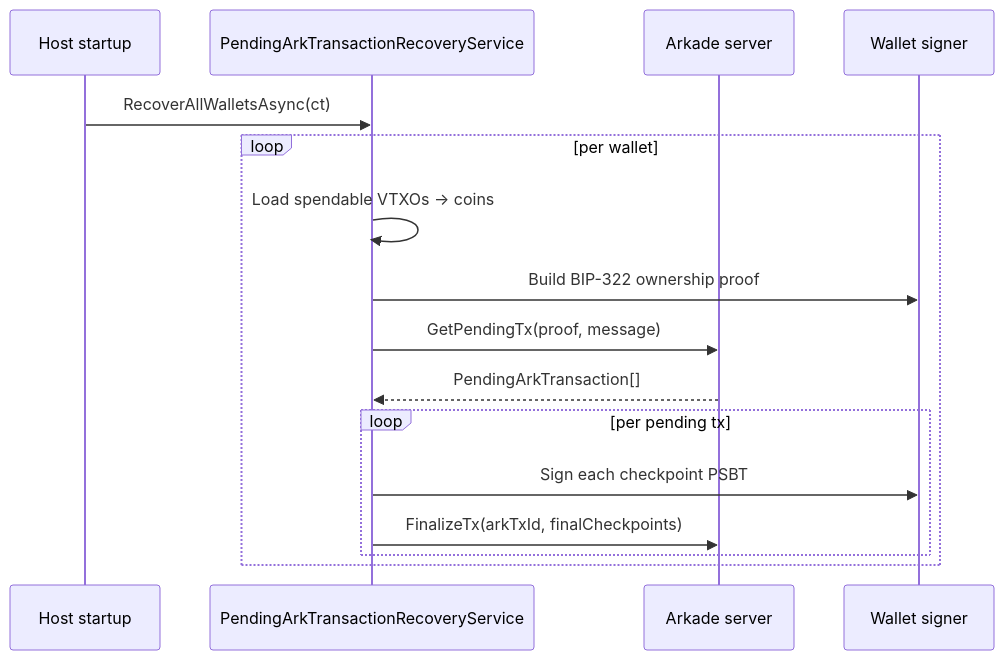
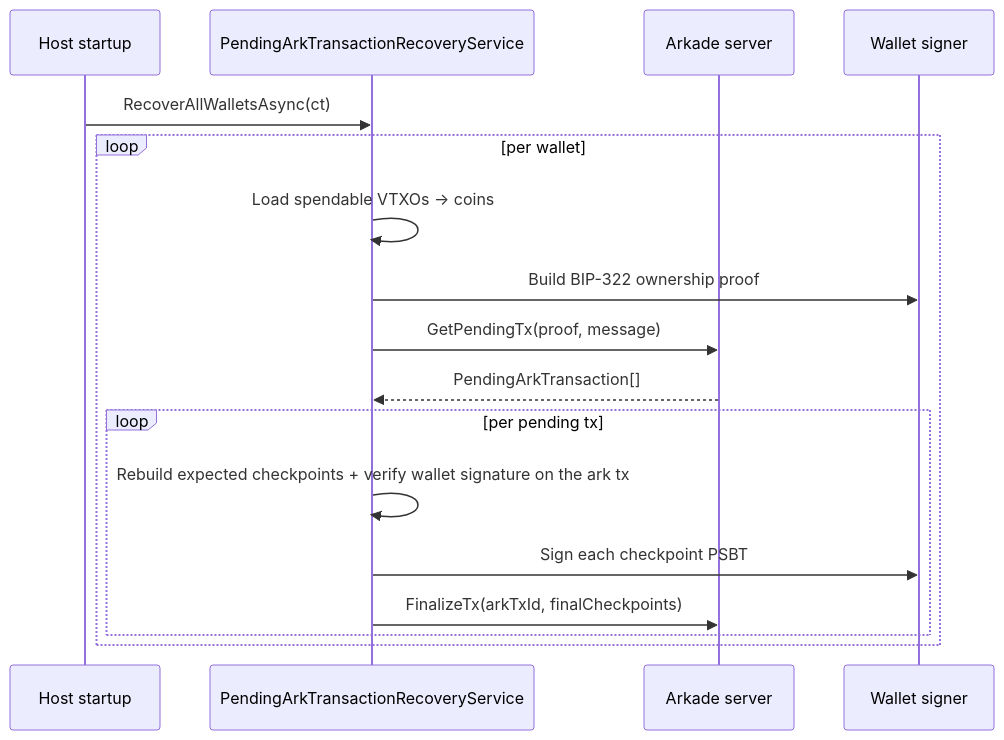
One commit to arkade-os/dotnet-sdk changed the diagram in docs/articles/pending-tx-recovery.md. Above: the diagram before and after it, drawn with Mermaid. The commit also changed other lines of this file and 6 other files, not shown here.

````diff
--- a/docs/articles/pending-tx-recovery.md
+++ b/docs/articles/pending-tx-recovery.md
@@ -14,19 +14,20 @@
 ```mermaid
 sequenceDiagram
     participant Host as Host startup
     participant Recovery as PendingArkTransactionRecoveryService
     participant Server as Arkade server
     participant Signer as Wallet signer
 
     Host->>Recovery: RecoverAllWalletsAsync(ct)
     loop per wallet
         Recovery->>Recovery: Load spendable VTXOs → coins
         Recovery->>Signer: Build BIP-322 ownership proof
         Recovery->>Server: GetPendingTx(proof, message)
         Server-->>Recovery: PendingArkTransaction[]
         loop per pending tx
+            Recovery->>Recovery: Rebuild expected checkpoints + verify wallet signature on the ark tx
             Recovery->>Signer: Sign each checkpoint PSBT
             Recovery->>Server: FinalizeTx(arkTxId, finalCheckpoints)
         end
     end
 ```
````
